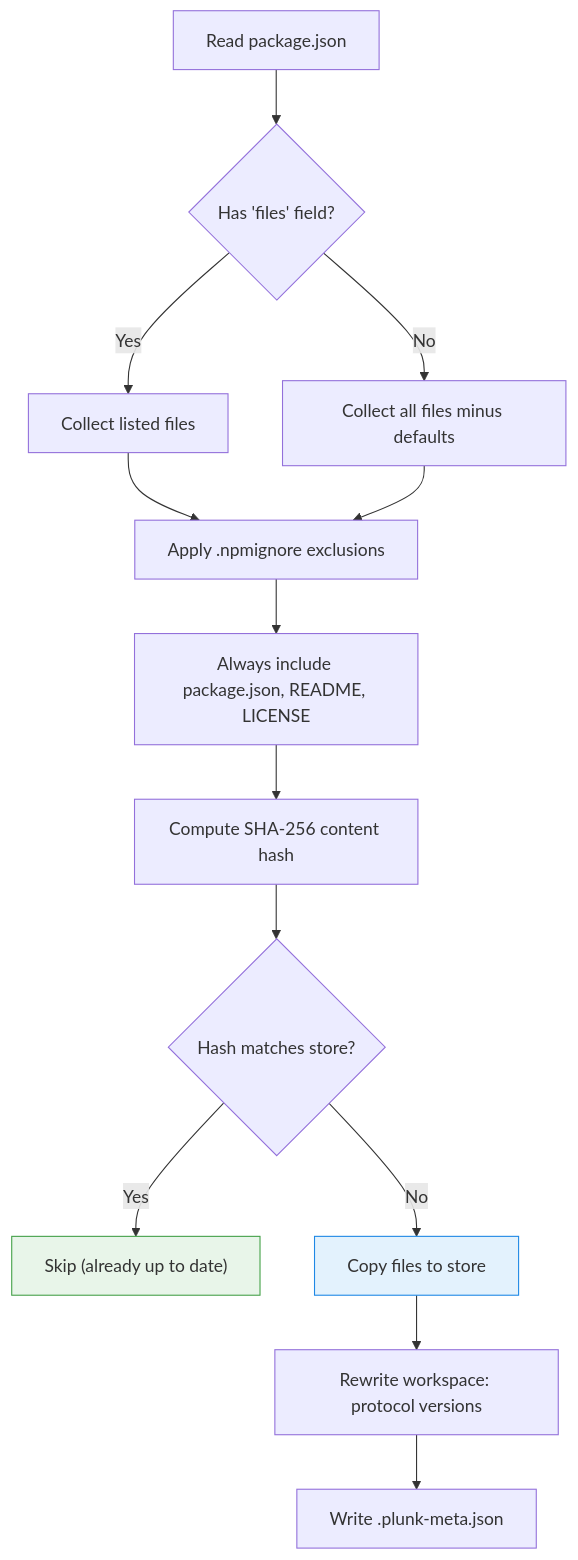
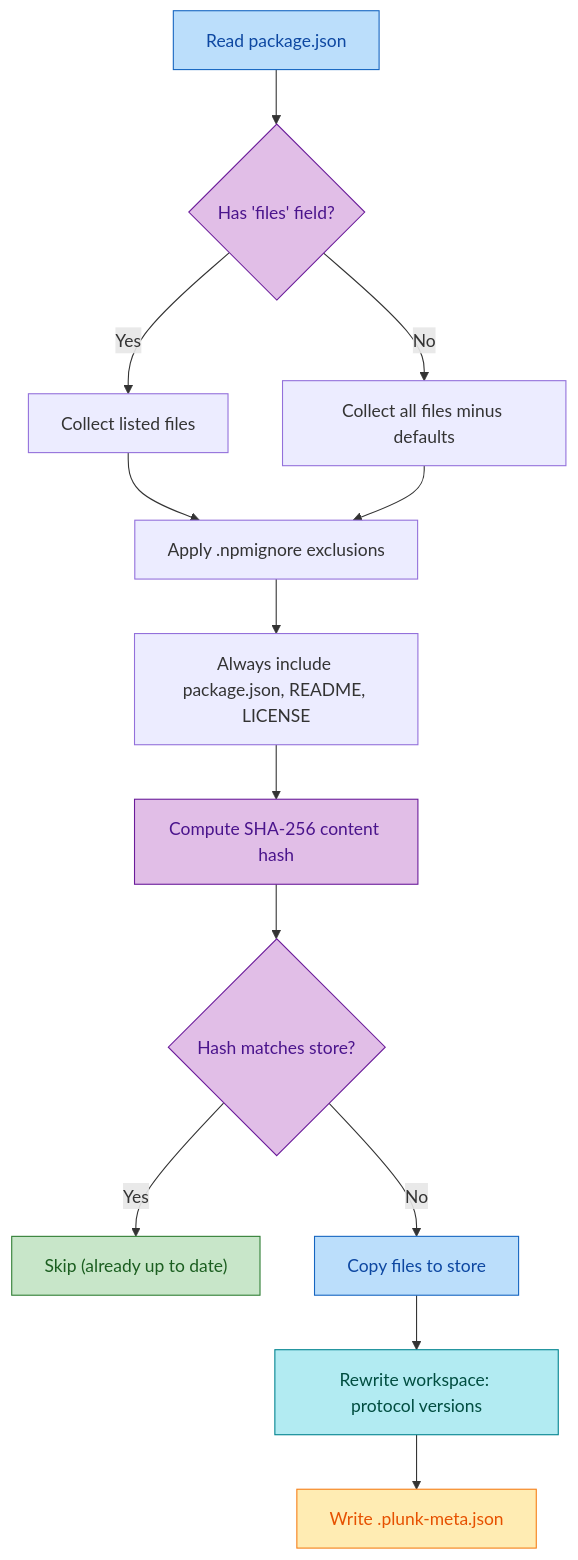
The second of 5 diagrams in docs/how-it-works.md (oleg-kuibar/plunk), drawn with Mermaid before and after one commit. The commit also changed other lines of this file and 10 other files, not shown here.

First line of the commit message:
docs: theme-safe mermaid colors, tighten prose

````diff
--- a/docs/how-it-works.md
+++ b/docs/how-it-works.md
@@ -68,18 +73,24 @@
 ```mermaid
 flowchart TD
     A[Read package.json] --> B{Has 'files' field?}
     B -- Yes --> C[Collect listed files]
     B -- No --> D[Collect all files minus defaults]
     C --> E[Apply .npmignore exclusions]
     D --> E
     E --> F[Always include package.json, README, LICENSE]
     F --> G[Compute SHA-256 content hash]
     G --> H{Hash matches store?}
     H -- Yes --> I["Skip (already up to date)"]
     H -- No --> J[Copy files to store]
     J --> K[Rewrite workspace: protocol versions]
     K --> L[Write .plunk-meta.json]
 
-    style I fill:#e8f5e9,stroke:#43a047
-    style J fill:#e3f2fd,stroke:#1e88e5
+    style A fill:#bbdefb,stroke:#1565c0,color:#0d47a1
+    style B fill:#e1bee7,stroke:#6a1b9a,color:#4a148c
+    style G fill:#e1bee7,stroke:#6a1b9a,color:#4a148c
+    style H fill:#e1bee7,stroke:#6a1b9a,color:#4a148c
+    style I fill:#c8e6c9,stroke:#2e7d32,color:#1b5e20
+    style J fill:#bbdefb,stroke:#1565c0,color:#0d47a1
+    style K fill:#b2ebf2,stroke:#00838f,color:#004d40
+    style L fill:#ffecb3,stroke:#f57f17,color:#e65100
 ```
````
